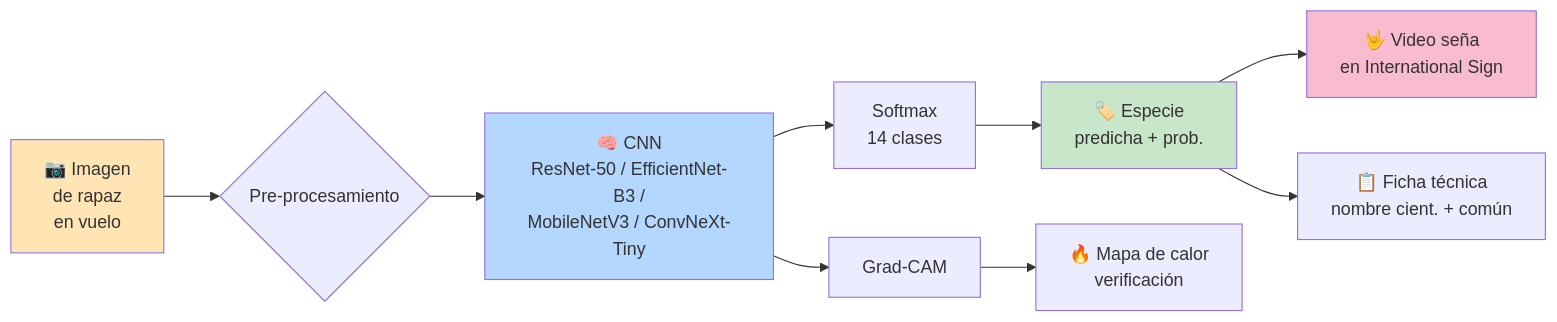
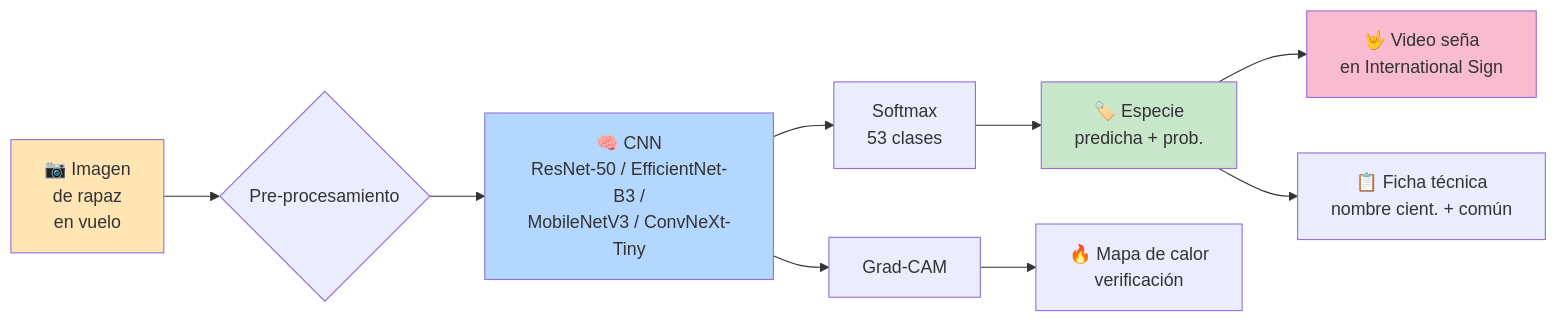
The diagram in README.md (ZOMBIECRAFTIAN/raptors-cnn), drawn with Mermaid before and after one commit. The commit also changed other lines of this file and 33 other files, not shown here.

````diff
--- a/README.md
+++ b/README.md
@@ -45,16 +47,16 @@
 ```mermaid
 flowchart LR
     A[📷 Imagen<br/>de rapaz<br/>en vuelo] --> B{Pre-procesamiento}
     B --> C[🧠 CNN<br/>ResNet-50 / EfficientNet-B3 /<br/>MobileNetV3 / ConvNeXt-Tiny]
-    C --> D[Softmax<br/>14 clases]
+    C --> D[Softmax<br/>53 clases]
     D --> E[🏷️ Especie<br/>predicha + prob.]
     C --> F[Grad-CAM]
     F --> G[🔥 Mapa de calor<br/>verificación]
     E --> H[🤟 Video seña<br/>en International Sign]
     E --> I[📋 Ficha técnica<br/>nombre cient. + común]
 
     style A fill:#FFE5B4
     style C fill:#B4D7FF
     style E fill:#C8E6C9
     style H fill:#F8BBD0
 ```
````
